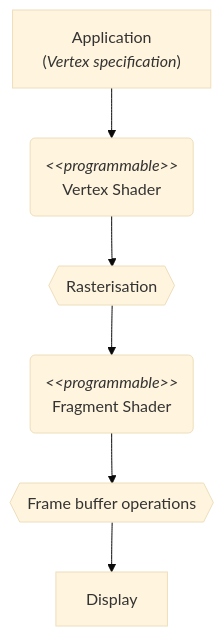
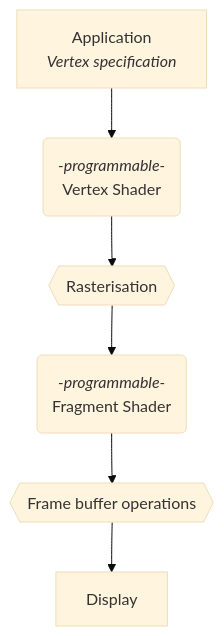
The diagram in docs/docs_03_designables.md (corbeau217/cpp_opengl_vehicles), drawn with Mermaid (base theme) before and after one commit.

````diff
--- a/docs/docs_03_designables.md
+++ b/docs/docs_03_designables.md
@@ -21,15 +21,15 @@
 ```mermaid
 flowchart TB
     %% ==============================
-    APP[Application<br>&#40<i>Vertex specification</i>&#41]
+    APP[Application<br><i>Vertex specification</i>]
     %% ------------------------
-    VERTEXSHADER(<i>&lt;&lt;programmable&gt;&gt;</i><br>Vertex Shader)
+    VERTEXSHADER(<i>-programmable-</i><br>Vertex Shader)
     RASTERISATION{{Rasterisation}}
-    FRAGMENTSHADER(<i>&lt;&lt;programmable&gt;&gt;</i><br>Fragment Shader)
+    FRAGMENTSHADER(<i>-programmable-</i><br>Fragment Shader)
     FRAMEBUFFEROPERATIONS{{Frame buffer operations}}
     %% ------------------------
     DISPLAY[Display]
     %% ==============================
     APP --> VERTEXSHADER --> RASTERISATION --> FRAGMENTSHADER --> FRAMEBUFFEROPERATIONS --> DISPLAY
     %% ==============================
 ```
````
